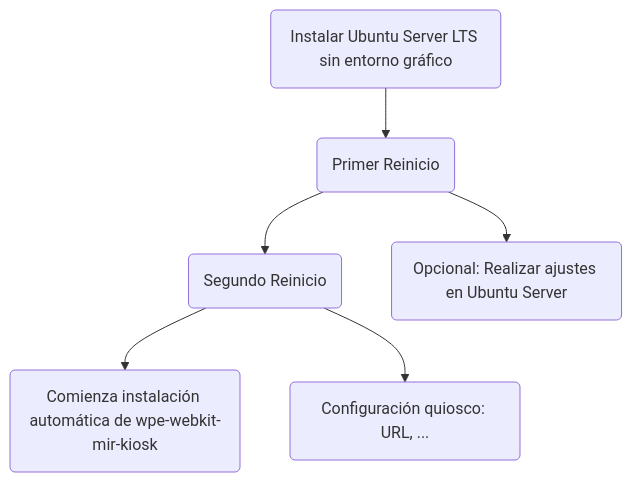
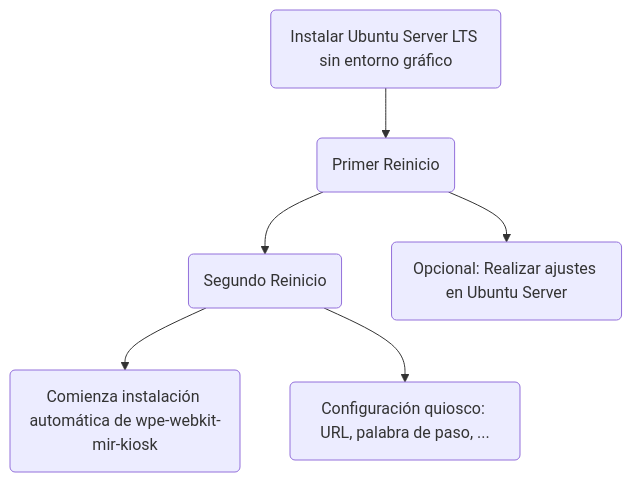
Before and after one commit to digitaliza-aapp/test: the diagram in README.md, drawn with Mermaid.

````diff
--- a/README.md
+++ b/README.md
@@ -52,8 +52,8 @@
 ```mermaid
 graph TD;
     Server(Instalar Ubuntu Server LTS sin entorno gráfico)-->1_Reinicio(Primer reinicio del sistema);
     1_Reinicio-->2_Reinicio(Segundo Reinicio);
     2_Reinicio-->Wpe-webkit(Comienza instalación automática de wpe-webkit-mir-kiosk);
-    2_Reinicio-->Configuracion_Kiosk(Configuración quiosco: URL, ...);
+    2_Reinicio-->Configuracion_Kiosk(Configuración quiosco: URL, palabra de paso, ...);
     1_Reinicio(Primer Reinicio)-->Opcional_1_Reinicio(Opcional: Realizar ajustes en Ubuntu Server);
 ```
````
